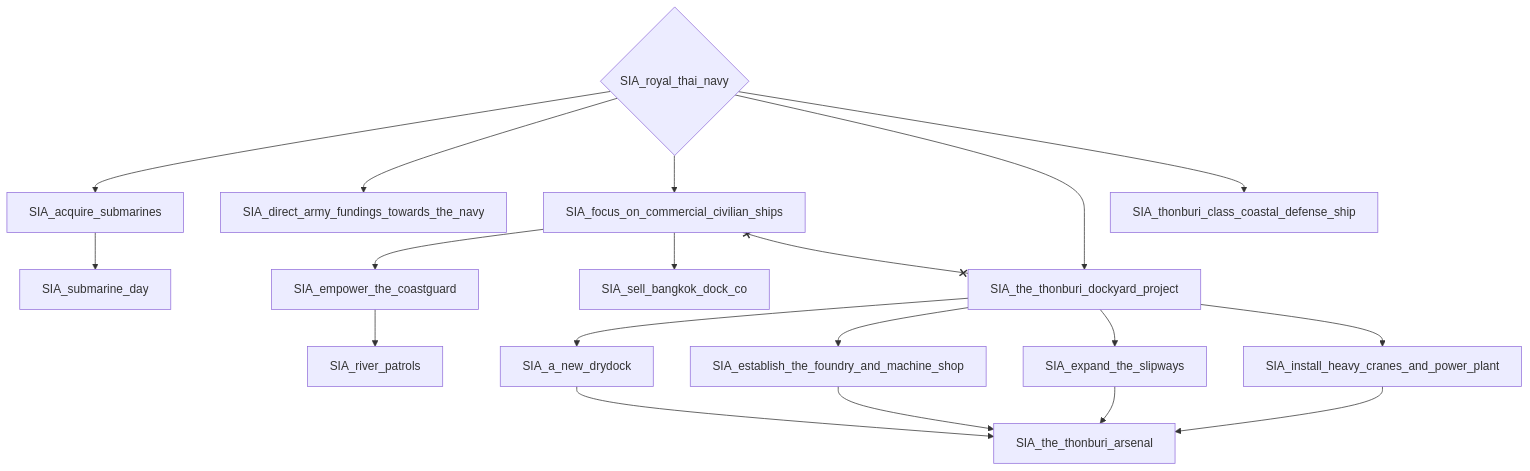
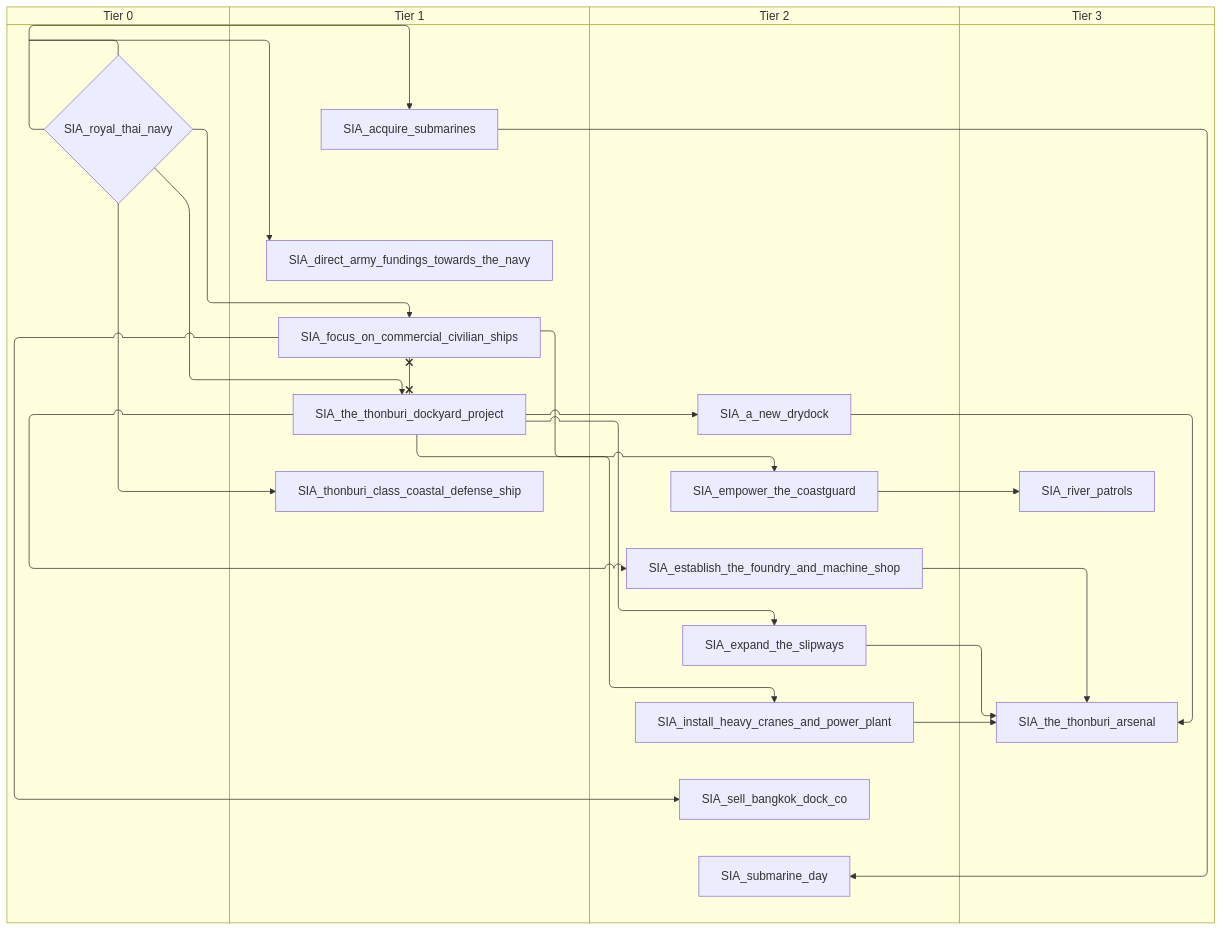
One commit to evgeny-sobol/hoi4-sandbox-mode-r56 changed the third of 6 diagrams in docs/gdd/National Focuses/r56/siam.md. Above: the diagram before and after it, drawn with Mermaid. The commit also changed other lines of this file and 423 other files, not shown here.

First line of the commit message:
Re-export Rt56 focus trees as swimlane diagrams

````diff
--- a/docs/gdd/National Focuses/r56/siam.md
+++ b/docs/gdd/National Focuses/r56/siam.md
@@ -152,36 +186,44 @@
 ```mermaid
-flowchart TD
-    n60["SIA_a_new_drydock"]
-    n61["SIA_acquire_submarines"]
-    n62["SIA_direct_army_fundings_towards_the_navy"]
-    n63["SIA_empower_the_coastguard"]
-    n64["SIA_establish_the_foundry_and_machine_shop"]
-    n65["SIA_expand_the_slipways"]
-    n66["SIA_focus_on_commercial_civilian_ships"]
-    n67["SIA_install_heavy_cranes_and_power_plant"]
-    n68["SIA_river_patrols"]
-    n69{"SIA_royal_thai_navy"}
-    n70["SIA_sell_bangkok_dock_co"]
-    n71["SIA_submarine_day"]
-    n72["SIA_the_thonburi_arsenal"]
-    n73["SIA_the_thonburi_dockyard_project"]
-    n74["SIA_thonburi_class_coastal_defense_ship"]
-    n73 --> n60
-    n69 --> n61
-    n69 --> n62
-    n66 --> n63
-    n73 --> n64
-    n73 --> n65
-    n69 --> n66
-    n73 --> n67
-    n63 --> n68
-    n66 --> n70
-    n61 --> n71
-    n67 --> n72
-    n65 --> n72
-    n60 --> n72
-    n64 --> n72
-    n69 --> n73
+swimlane-beta TD
+    subgraph tier_0["Tier 0"]
+        n60{"SIA_royal_thai_navy"}
+    end
+    subgraph tier_1["Tier 1"]
+        n61["SIA_acquire_submarines"]
+        n62["SIA_direct_army_fundings_towards_the_navy"]
+        n63["SIA_focus_on_commercial_civilian_ships"]
+        n64["SIA_the_thonburi_dockyard_project"]
+        n65["SIA_thonburi_class_coastal_defense_ship"]
+    end
+    subgraph tier_2["Tier 2"]
+        n66["SIA_a_new_drydock"]
+        n67["SIA_empower_the_coastguard"]
+        n68["SIA_establish_the_foundry_and_machine_shop"]
+        n69["SIA_expand_the_slipways"]
+        n70["SIA_install_heavy_cranes_and_power_plant"]
+        n71["SIA_sell_bangkok_dock_co"]
+        n72["SIA_submarine_day"]
+    end
+    subgraph tier_3["Tier 3"]
+        n73["SIA_river_patrols"]
+        n74["SIA_the_thonburi_arsenal"]
+    end
+    n64 --> n66
+    n60 --> n61
+    n60 --> n62
+    n63 --> n67
+    n64 --> n68
+    n64 --> n69
+    n60 --> n63
+    n64 --> n70
+    n67 --> n73
+    n63 --> n71
+    n61 --> n72
+    n70 --> n74
     n69 --> n74
-    n66 x--x n73
+    n66 --> n74
+    n68 --> n74
+    n60 --> n64
+    n60 --> n65
+    n63 x--x n64
 ```
````
